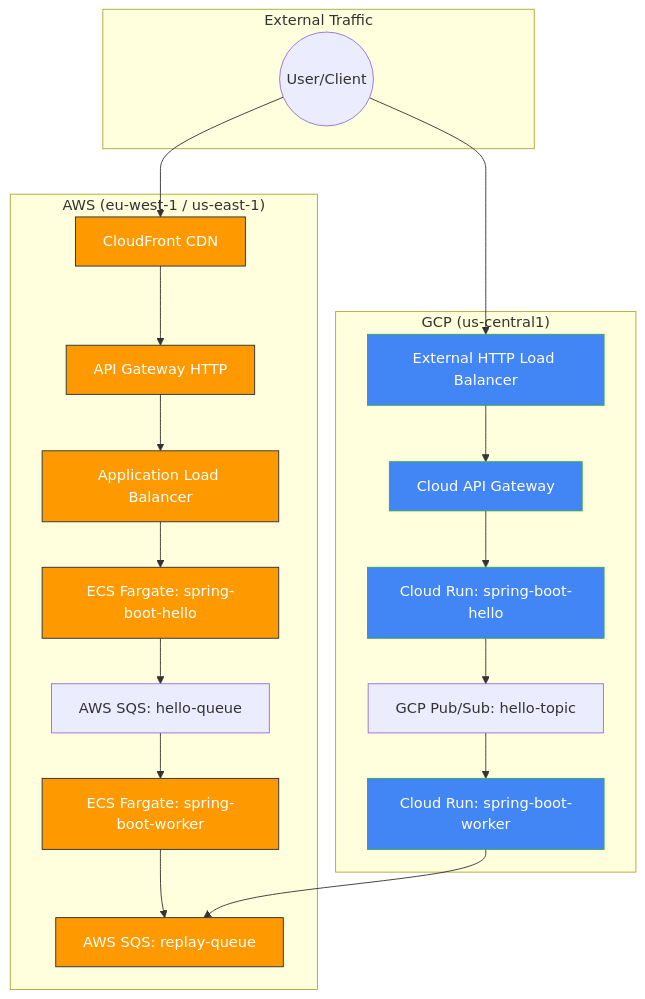
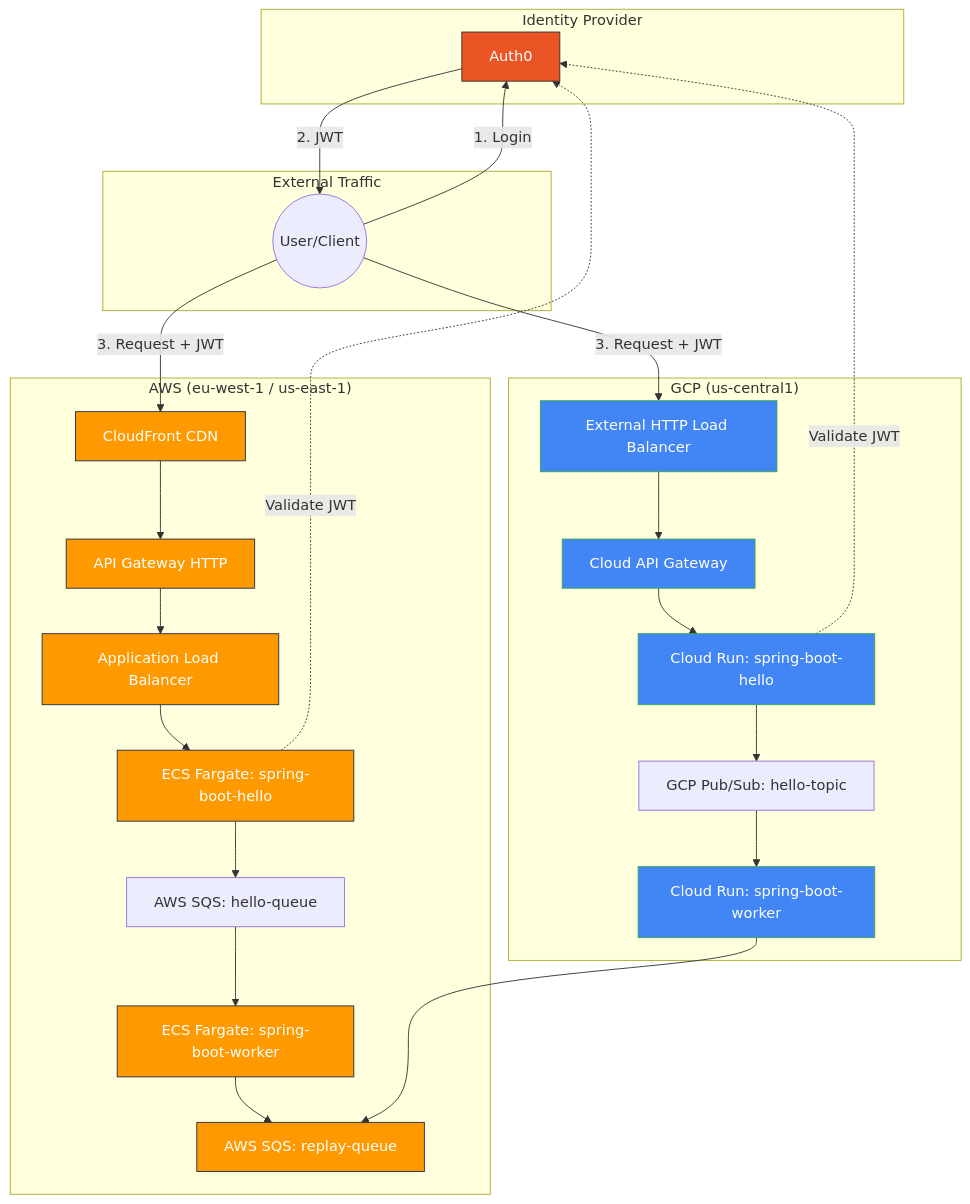
Before and after one commit to Dale-Harrison/multi-cloud-test: the diagram in ARCHITECTURE.md, drawn with Mermaid. The commit also changed other lines of this file and 1 other file, not shown here.

Commit message:
docs: update architecture diagrams with auth0 flow

````diff
--- a/ARCHITECTURE.md
+++ b/ARCHITECTURE.md
@@ -9,54 +9,65 @@
 ```mermaid
 graph TD
+    subgraph "Identity Provider"
+        Auth0[Auth0]
+    end
+
     subgraph "External Traffic"
         User((User/Client))
     end
 
     subgraph "AWS (eu-west-1 / us-east-1)"
         CF[CloudFront CDN]
         APIGW_AWS[API Gateway HTTP]
         ALB[Application Load Balancer]
         Hello_AWS[ECS Fargate: spring-boot-hello]
         SQS[AWS SQS: hello-queue]
         Worker_AWS[ECS Fargate: spring-boot-worker]
         REPLAY[AWS SQS: replay-queue]
     end
 
     subgraph "GCP (us-central1)"
         GCLB[External HTTP Load Balancer]
         APIGW_GCP[Cloud API Gateway]
         Hello_GCP[Cloud Run: spring-boot-hello]
         PubSub[GCP Pub/Sub: hello-topic]
         Worker_GCP[Cloud Run: spring-boot-worker]
     end
 
+    %% Auth Flow
+    User -- 1. Login --> Auth0
+    Auth0 -- 2. JWT --> User
+    User -- 3. Request + JWT --> CF
+    User -- 3. Request + JWT --> GCLB
+
     %% AWS Flow
-    User --> CF
     CF --> APIGW_AWS
     APIGW_AWS --> ALB
     ALB --> Hello_AWS
+    Hello_AWS -. Validate JWT .-> Auth0
     Hello_AWS --> SQS
     SQS --> Worker_AWS
     Worker_AWS --> REPLAY
 
     %% GCP Flow
-    User --> GCLB
     GCLB --> APIGW_GCP
     APIGW_GCP --> Hello_GCP
+    Hello_GCP -. Validate JWT .-> Auth0
     Hello_GCP --> PubSub
     PubSub --> Worker_GCP
     Worker_GCP --> REPLAY
 
     %% Styling
+    style Auth0 fill:#EB5424,stroke:#333,color:#fff
     style CF fill:#ff9900,stroke:#232f3e,color:#fff
     style APIGW_AWS fill:#ff9900,stroke:#232f3e,color:#fff
     style ALB fill:#ff9900,stroke:#232f3e,color:#fff
     style Hello_AWS fill:#ff9900,stroke:#232f3e,color:#fff
     style Worker_AWS fill:#ff9900,stroke:#232f3e,color:#fff
     style REPLAY fill:#ff9900,stroke:#232f3e,color:#fff
     
     style GCLB fill:#4285F4,stroke:#34A853,color:#fff
     style APIGW_GCP fill:#4285F4,stroke:#34A853,color:#fff
     style Hello_GCP fill:#4285F4,stroke:#34A853,color:#fff
     style Worker_GCP fill:#4285F4,stroke:#34A853,color:#fff
 ```
````
